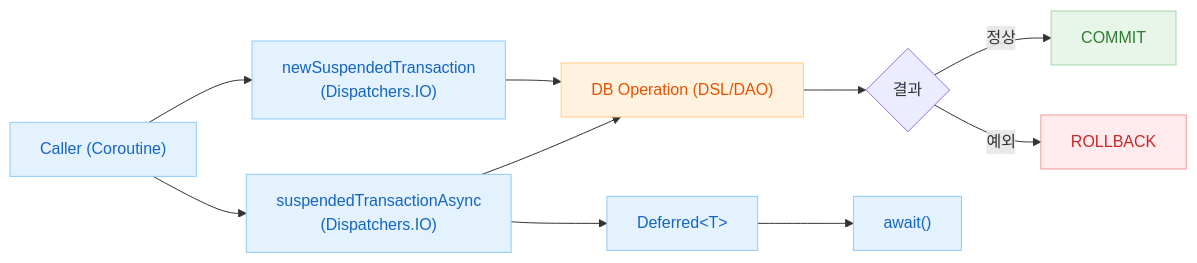
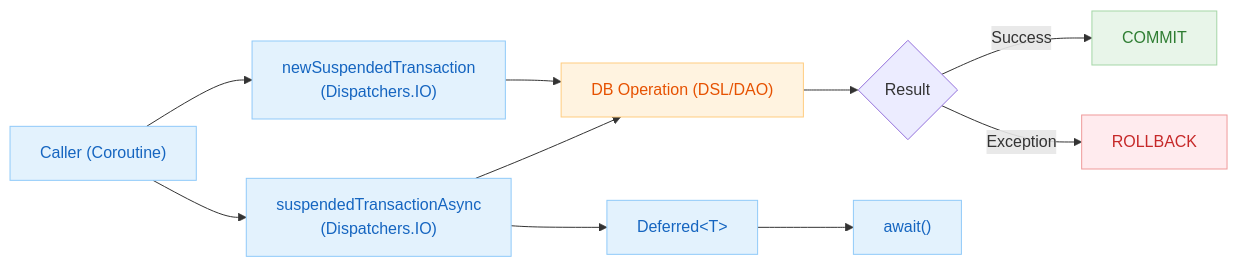
The third of 4 diagrams in 08-coroutines/README.md (bluetape4k/exposed-workshop), drawn with Mermaid before and after one commit. The commit also changed other lines of this file and 115 other files, not shown here.

````diff
--- a/08-coroutines/README.md
+++ b/08-coroutines/README.md
@@ -127,24 +129,24 @@
 ```mermaid
 flowchart LR
     A["Caller (Coroutine)"] --> B["newSuspendedTransaction\n(Dispatchers.IO)"]
     A --> C["suspendedTransactionAsync\n(Dispatchers.IO)"]
     B --> D["DB Operation (DSL/DAO)"]
     C --> D
-    D --> E{결과}
-    E -->|정상| F["COMMIT"]
-    E -->|예외| G["ROLLBACK"]
+    D --> E{Result}
+    E -->|Success| F["COMMIT"]
+    E -->|Exception| G["ROLLBACK"]
     C --> H["Deferred&lt;T&gt;"]
     H --> I["await()"]
 
     classDef blue fill:#E3F2FD,stroke:#90CAF9,color:#1565C0
     classDef green fill:#E8F5E9,stroke:#A5D6A7,color:#2E7D32
     classDef orange fill:#FFF3E0,stroke:#FFCC80,color:#E65100
     classDef red fill:#FFEBEE,stroke:#EF9A9A,color:#C62828
 
     class A blue
     class B,C blue
     class D orange
     class F green
     class G red
     class H,I blue
 ```
````
